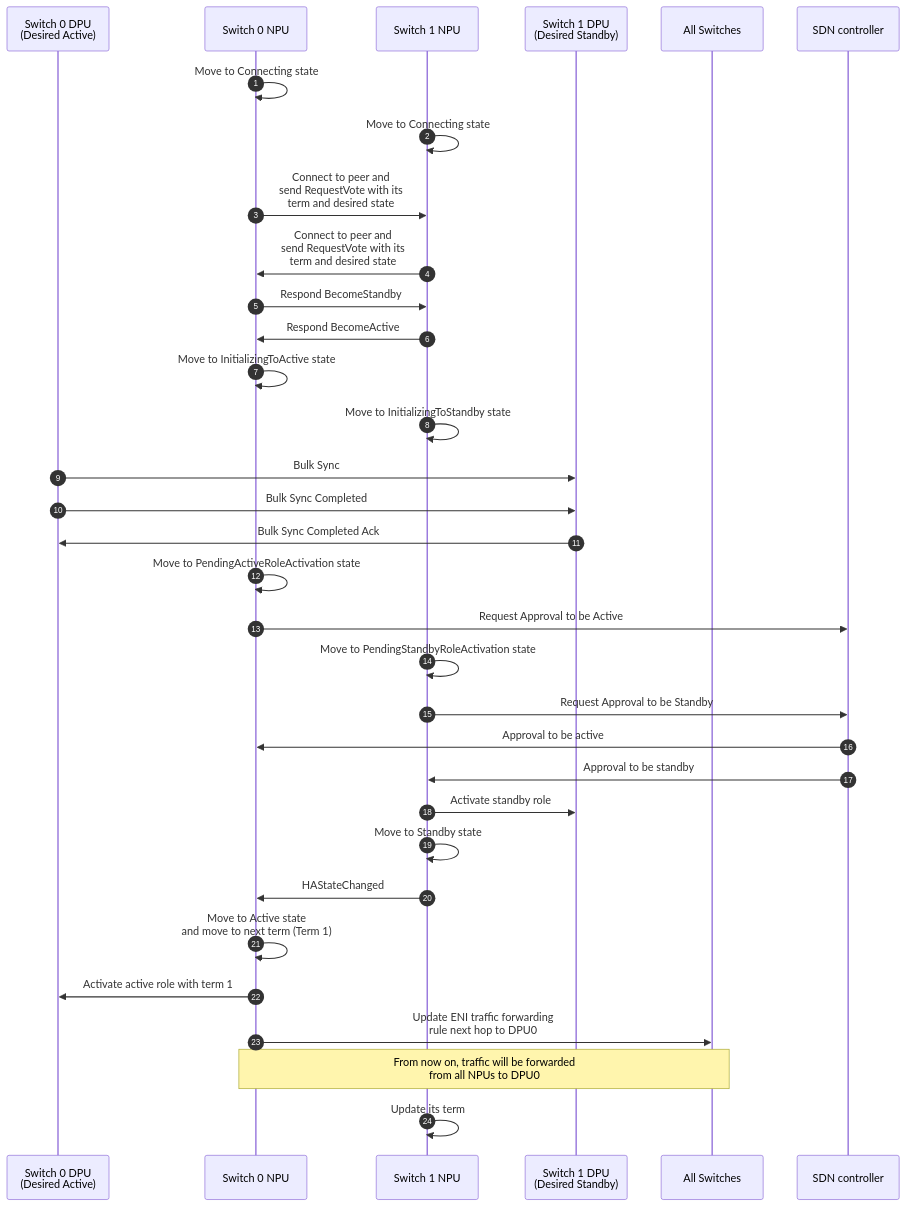
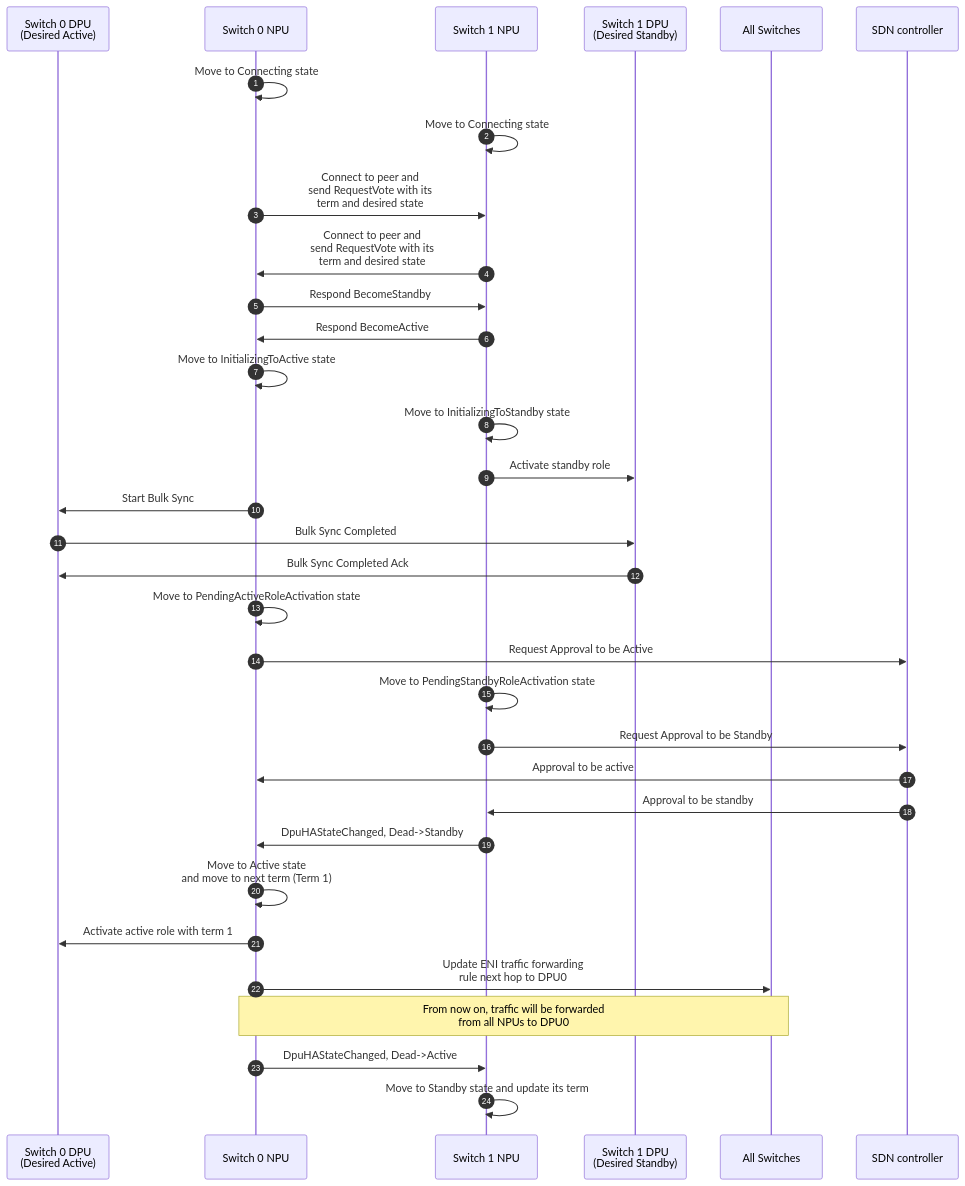
The first of 6 diagrams in doc/smart-switch/high-availability/smart-switch-ha-hld.md (sonic-net/SONiC), drawn with Mermaid before and after one commit. The commit also changed other lines of this file, not shown here.

Commit message:
fix the launch process

````diff
--- a/doc/smart-switch/high-availability/smart-switch-ha-hld.md
+++ b/doc/smart-switch/high-availability/smart-switch-ha-hld.md
@@ -983,40 +983,40 @@
 ```mermaid
 sequenceDiagram
     autonumber
 
     participant S0D as Switch 0 DPU<br>(Desired Active)
     participant S0N as Switch 0 NPU
     participant S1N as Switch 1 NPU
     participant S1D as Switch 1 DPU<br>(Desired Standby)
     participant SA as All Switches
     participant SDN as SDN controller
 
     S0N->>S0N: Move to Connecting state
     S1N->>S1N: Move to Connecting state
 
     S0N->>S1N: Connect to peer and<br>send RequestVote with its<br>term and desired state
     S1N->>S0N: Connect to peer and<br>send RequestVote with its<br>term and desired state
     S0N->>S1N: Respond BecomeStandby
     S1N->>S0N: Respond BecomeActive
 
     S0N->>S0N: Move to InitializingToActive state
     S1N->>S1N: Move to InitializingToStandby state
-    S0D->>S1D: Bulk Sync
+    S1N->>S1D: Activate standby role
+    S0N->>S0D: Start Bulk Sync
     S0D->>S1D: Bulk Sync Completed
     S1D->>S0D: Bulk Sync Completed Ack
     S0N->>S0N: Move to PendingActiveRoleActivation state
     S0N->>SDN: Request Approval to be Active
     S1N->>S1N: Move to PendingStandbyRoleActivation state
     S1N->>SDN: Request Approval to be Standby
 
     SDN->>S0N: Approval to be active
     SDN->>S1N: Approval to be standby
-    S1N->>S1D: Activate standby role
-    S1N->>S1N: Move to Standby state
-    S1N->>S0N: HAStateChanged
+    S1N->>S0N: DpuHAStateChanged, Dead->Standby
     S0N->>S0N: Move to Active state<br>and move to next term (Term 1)
     S0N->>S0D: Activate active role with term 1
     S0N->>SA: Update ENI traffic forwarding<br>rule next hop to DPU0
     Note over S0N,SA: From now on, traffic will be forwarded<br>from all NPUs to DPU0
-    S1N->>S1N: Update its term
+    S0N->>S1N: DpuHAStateChanged, Dead->Active
+    S1N->>S1N: Move to Standby state and update its term
 ```
````
